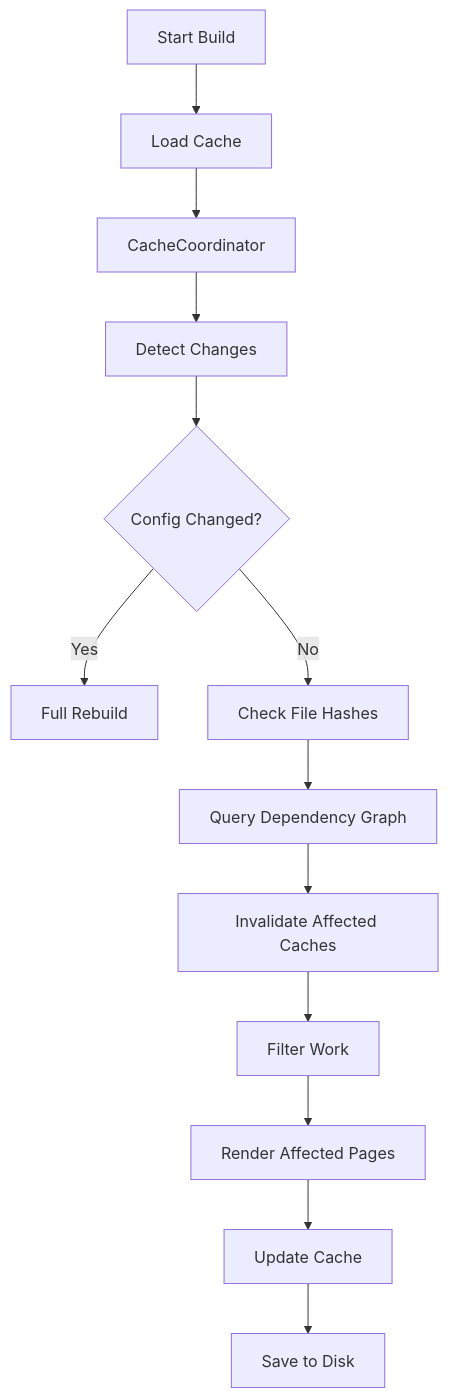
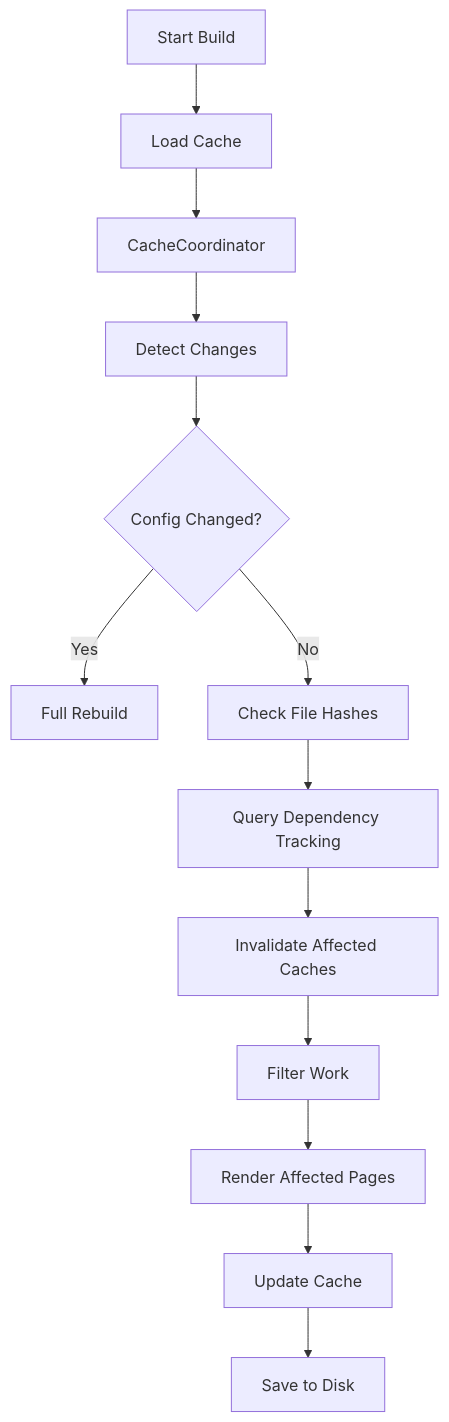
The first of 2 diagrams in site/content/docs/reference/architecture/core/cache.md (lbliii/bengal), drawn with Mermaid before and after one commit. The commit also changed other lines of this file and 105 other files, not shown here.

````diff
--- a/site/content/docs/reference/architecture/core/cache.md
+++ b/site/content/docs/reference/architecture/core/cache.md
@@ -35,20 +35,20 @@
 ```mermaid
 flowchart TD
     Start[Start Build] --> Load[Load Cache]
     Load --> Coordinator[CacheCoordinator]
     
     Coordinator --> Detect[Detect Changes]
 
     Detect --> Config{Config Changed?}
     Config -->|Yes| Full[Full Rebuild]
 
     Config -->|No| Hash[Check File Hashes]
-    Hash --> DepGraph[Query Dependency Graph]
+    Hash --> DepGraph[Query Dependency Tracking]
 
     DepGraph --> Invalidate[Invalidate Affected Caches]
     Invalidate --> Filter[Filter Work]
     Filter --> Render[Render Affected Pages]
 
     Render --> Update[Update Cache]
     Update --> Save[Save to Disk]
 ```
````
